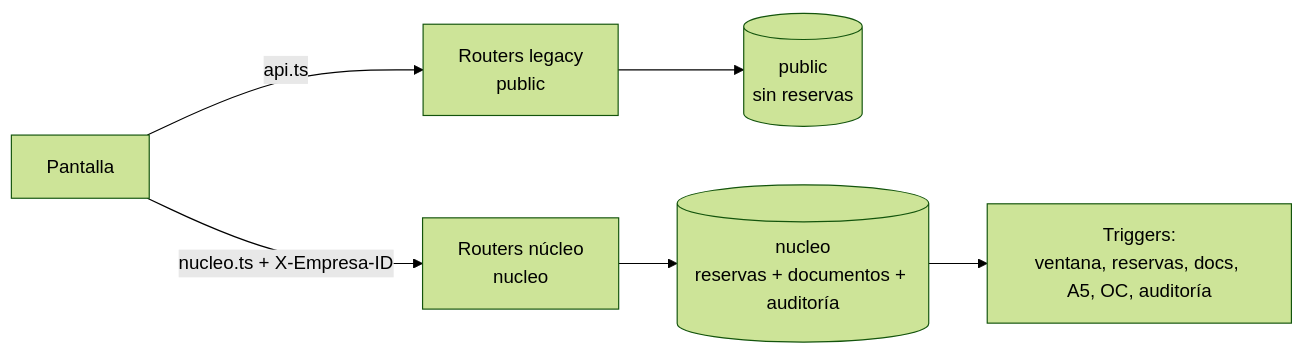
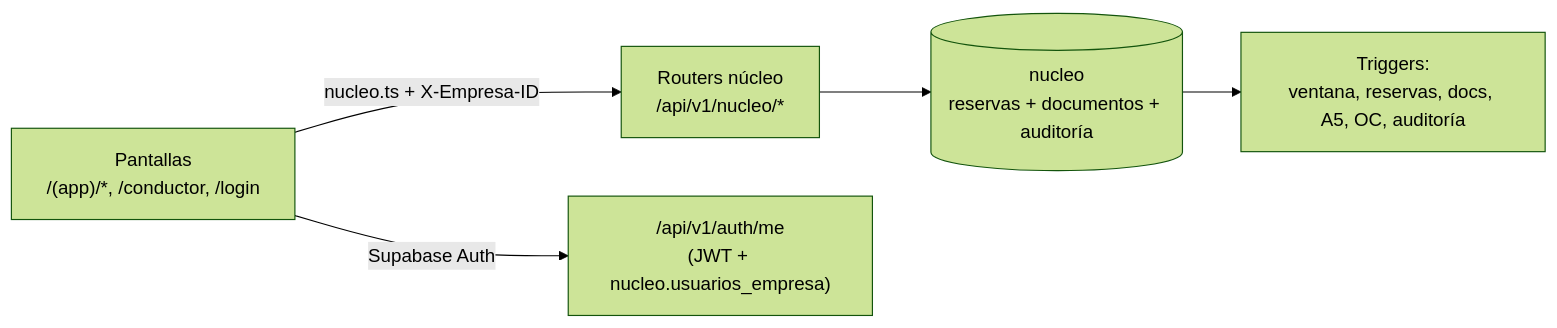
The diagram in docs/arquitectura/flujos.md (CatalystXZR/TRANSTEI), drawn with Mermaid (forest theme) before and after one commit. The commit also changed other lines of this file and 32 other files, not shown here.

````diff
--- a/docs/arquitectura/flujos.md
+++ b/docs/arquitectura/flujos.md
@@ -144,8 +157,7 @@
 ```mermaid
 flowchart LR
-  UI["Pantalla"] -->|api.ts| LEG["Routers legacy<br/>public"]
-  UI -->|nucleo.ts + X-Empresa-ID| NUC["Routers núcleo<br/>nucleo"]
-  LEG --> PG1[("public<br/>sin reservas")]
+  UI["Pantallas<br/>/(app)/*, /conductor, /login"] -->|nucleo.ts + X-Empresa-ID| NUC["Routers núcleo<br/>/api/v1/nucleo/*"]
+  UI -->|Supabase Auth| AUTH["/api/v1/auth/me<br/>(JWT + nucleo.usuarios_empresa)"]
   NUC --> PG2[("nucleo<br/>reservas + documentos + auditoría")]
   PG2 --> TRG["Triggers:<br/>ventana, reservas, docs, A5, OC, auditoría"]
 ```
````
